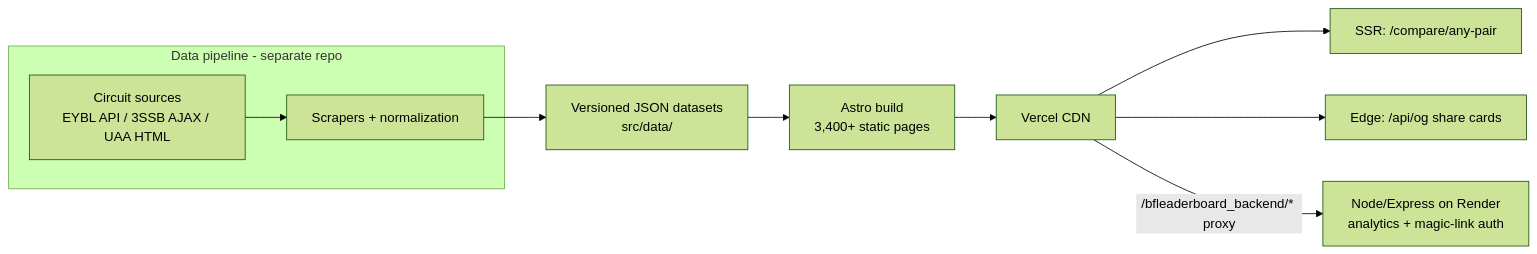
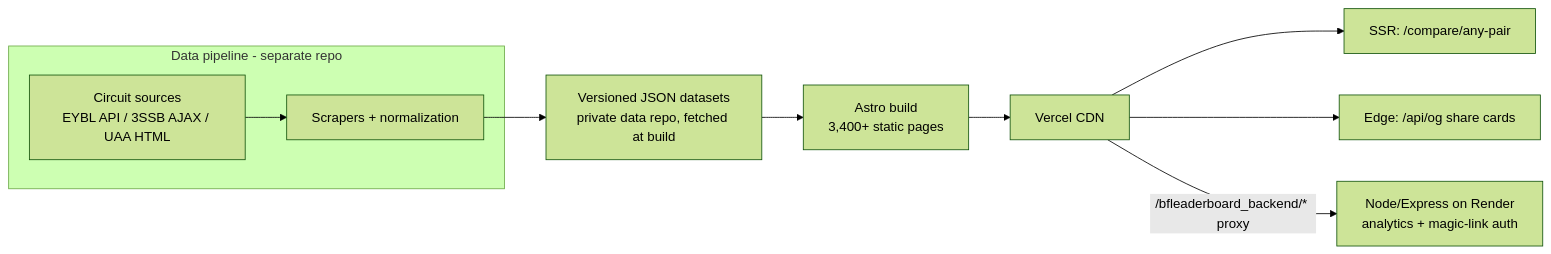
Before and after one commit to EF08/circuitstats-astro: the diagram in README.md, drawn with Mermaid (forest theme). The commit also changed other lines of this file and 4 other files, not shown here.

First line of the commit message:
Move stats datasets to a private repo, fetched at build time

````diff
--- a/README.md
+++ b/README.md
@@ -18,12 +18,12 @@
 ```mermaid
 flowchart LR
     subgraph pipeline [Data pipeline - separate repo]
         A[Circuit sources<br/>EYBL API / 3SSB AJAX / UAA HTML] --> B[Scrapers + normalization]
     end
-    B --> C[Versioned JSON datasets<br/>src/data/]
+    B --> C[Versioned JSON datasets<br/>private data repo, fetched at build]
     C --> D[Astro build<br/>3,400+ static pages]
     D --> E[Vercel CDN]
     E --> F[SSR: /compare/any-pair]
     E --> G[Edge: /api/og share cards]
     E -->|/bfleaderboard_backend/* proxy| H[Node/Express on Render<br/>analytics + magic-link auth]
 ```
````
